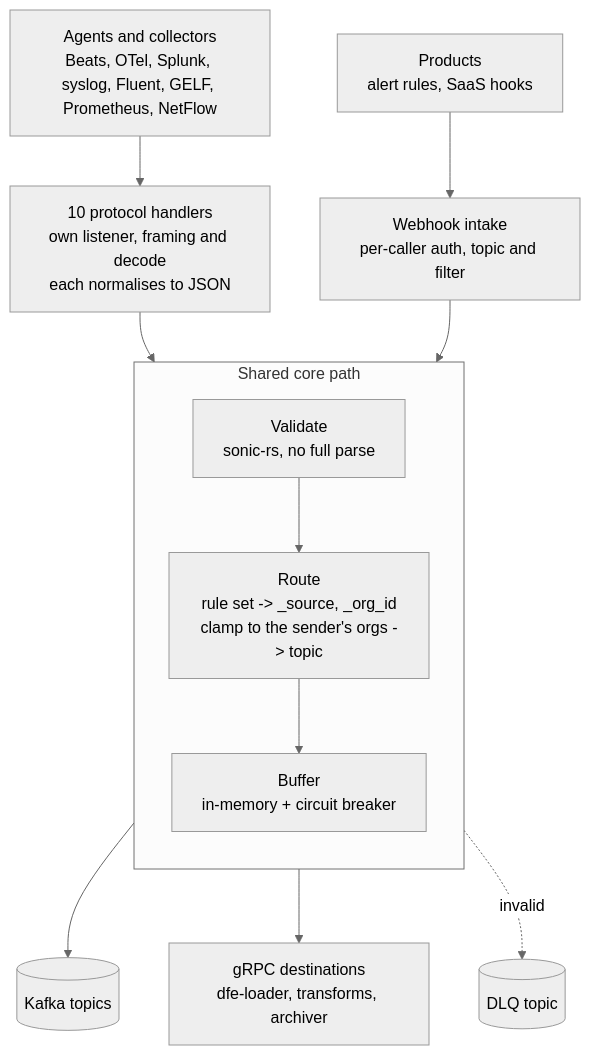
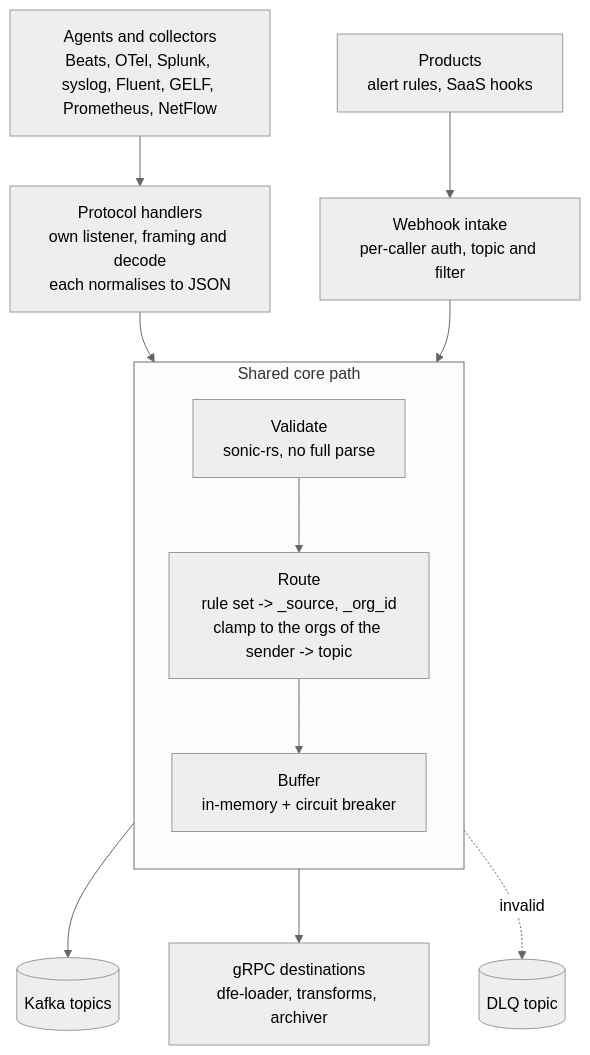
Before and after one commit to hyperi-io/dfe-receiver: the diagram in docs/architecture.md, drawn with Mermaid (neutral theme). The commit also changed other lines of this file and 14 other files, not shown here.

````diff
--- a/docs/architecture.md
+++ b/docs/architecture.md
@@ -43,23 +45,23 @@
 ```mermaid
 flowchart TB
     AG["Agents and collectors<br/>Beats, OTel, Splunk, syslog, Fluent, GELF, Prometheus, NetFlow"]
     PR["Products<br/>alert rules, SaaS hooks"]
 
-    AG --> H["10 protocol handlers<br/>own listener, framing and decode<br/>each normalises to JSON"]
+    AG --> H["Protocol handlers<br/>own listener, framing and decode<br/>each normalises to JSON"]
     PR --> W["Webhook intake<br/>per-caller auth, topic and filter"]
 
     H --> CORE
     W --> CORE
 
     subgraph CORE["Shared core path"]
         direction TB
         VAL["Validate<br/>sonic-rs, no full parse"]
-        RT["Route<br/>rule set -> _source, _org_id<br/>clamp to the sender's orgs -> topic"]
+        RT["Route<br/>rule set -> _source, _org_id<br/>clamp to the orgs of the sender -> topic"]
         BUF["Buffer<br/>in-memory + circuit breaker"]
         VAL --> RT --> BUF
     end
 
-    BUF --> K[("Kafka topics")]
+    BUF --> K[(Kafka topics)]
     BUF --> G["gRPC destinations<br/>dfe-loader, transforms, archiver"]
-    BUF -. invalid .-> D[("DLQ topic")]
+    BUF -.->|invalid| D[(DLQ topic)]
 ```
````
